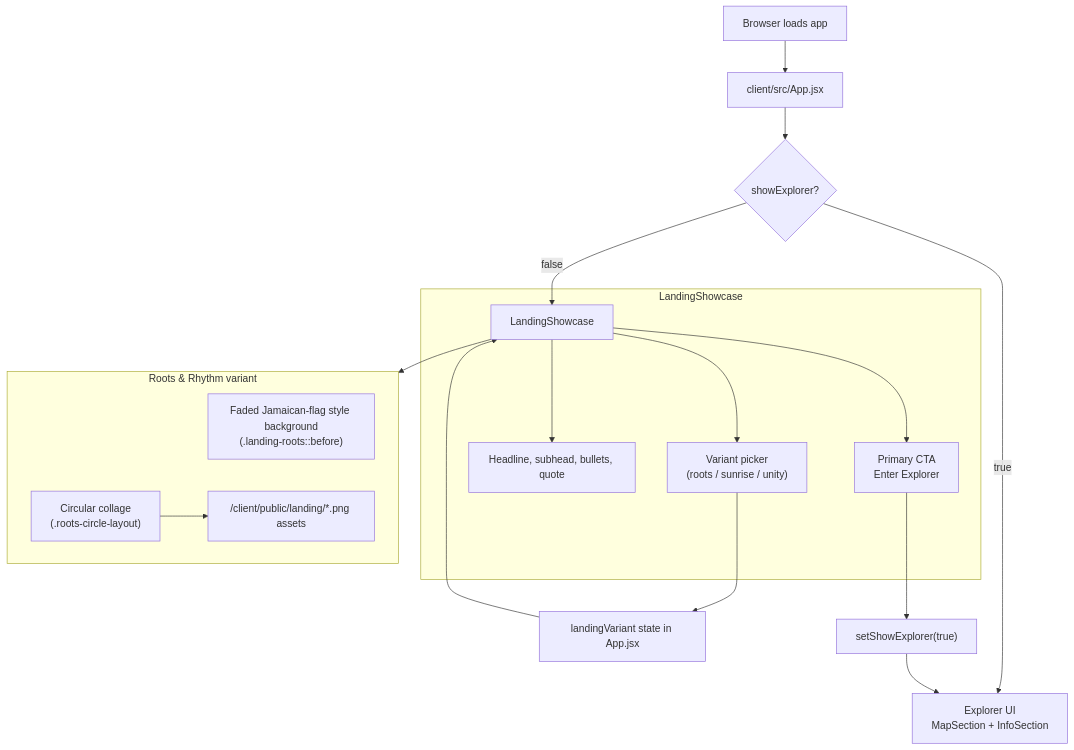
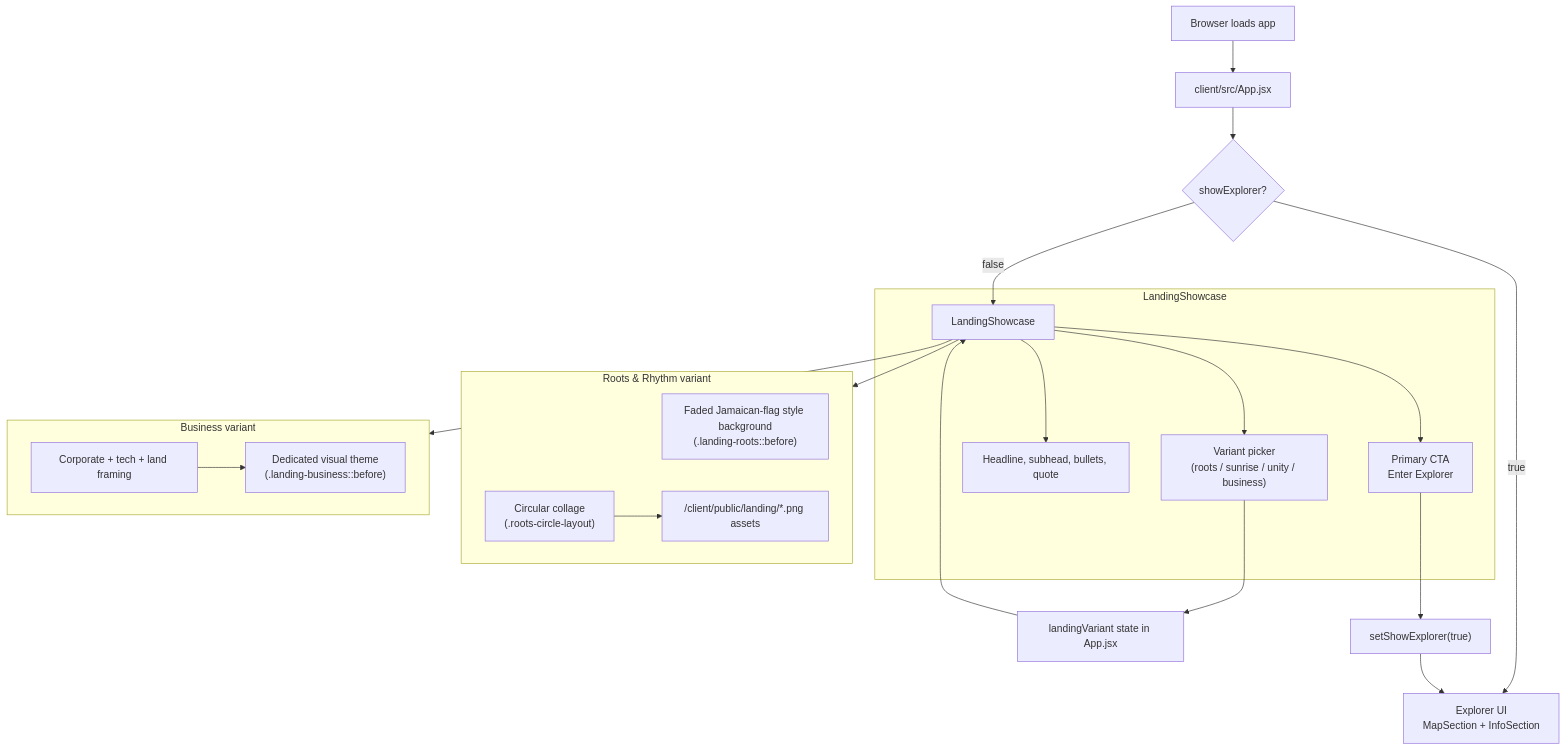
Before and after one commit to becomeonewiththecode/jamaica-parish-explorer: the diagram in docs/LANDING-PAGE-DIAGRAM.md, drawn with Mermaid. The commit also changed 4 other files, not shown here.

First line of the commit message:
feat(landing): add business concept and sync docs/diagram

````diff
--- a/docs/LANDING-PAGE-DIAGRAM.md
+++ b/docs/LANDING-PAGE-DIAGRAM.md
@@ -3,31 +3,38 @@
 ```mermaid
 flowchart TD
   A["Browser loads app"] --> B["client/src/App.jsx"]
   B --> C{"showExplorer?"}
 
   C -->|"false"| D["LandingShowcase"]
   C -->|"true"| E["Explorer UI\nMapSection + InfoSection"]
 
   subgraph Landing["LandingShowcase"]
-    D1["Variant picker\n(roots / sunrise / unity)"]
+    D1["Variant picker\n(roots / sunrise / unity / business)"]
     D2["Headline, subhead, bullets, quote"]
     D3["Primary CTA\nEnter Explorer"]
     D --> D1
     D --> D2
     D --> D3
   end
 
   D1 --> F["landingVariant state in App.jsx"]
   F --> D
   D3 --> G["setShowExplorer(true)"]
   G --> E
 
   subgraph Roots["Roots & Rhythm variant"]
     R1["Faded Jamaican-flag style background\n(.landing-roots::before)"]
     R2["Circular collage\n(.roots-circle-layout)"]
     R3["/client/public/landing/*.png assets"]
     R2 --> R3
   end
 
+  subgraph Biz["Business variant"]
+    B1["Corporate + tech + land framing"]
+    B2["Dedicated visual theme\n(.landing-business::before)"]
+    B1 --> B2
+  end
+
   D --> Roots
+  D --> Biz
 ```
````
